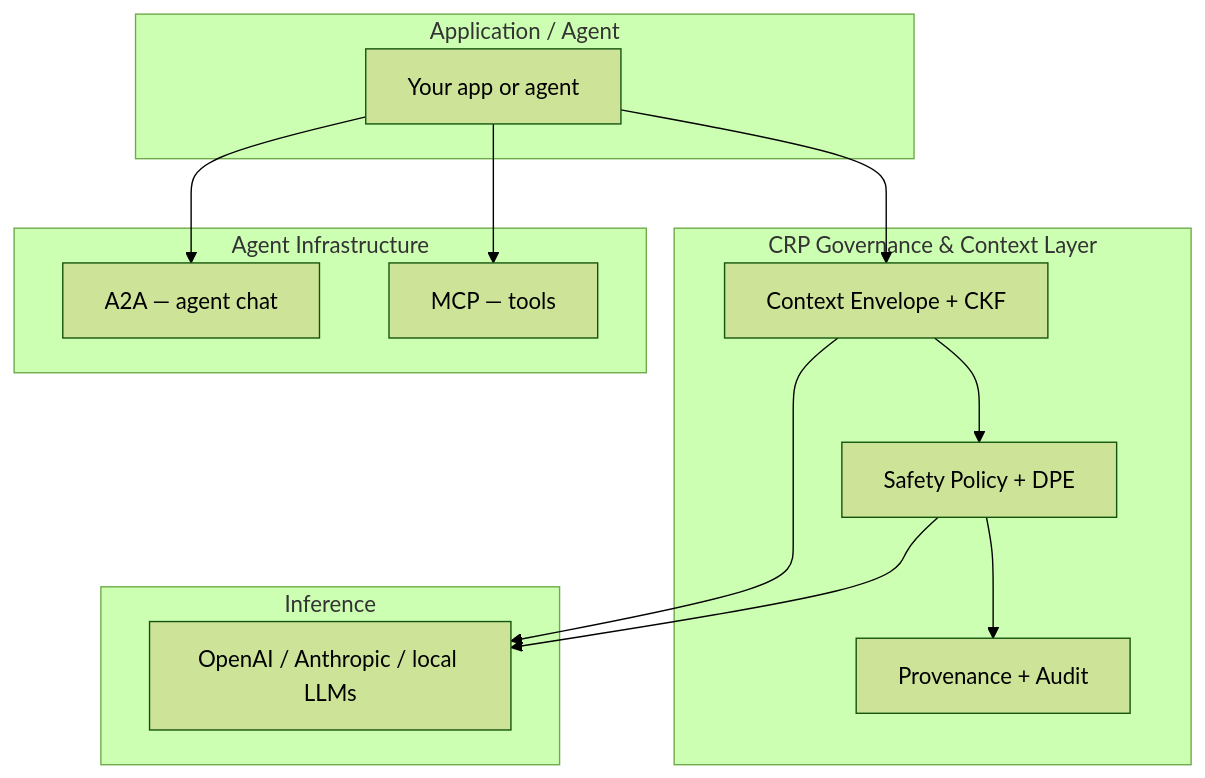
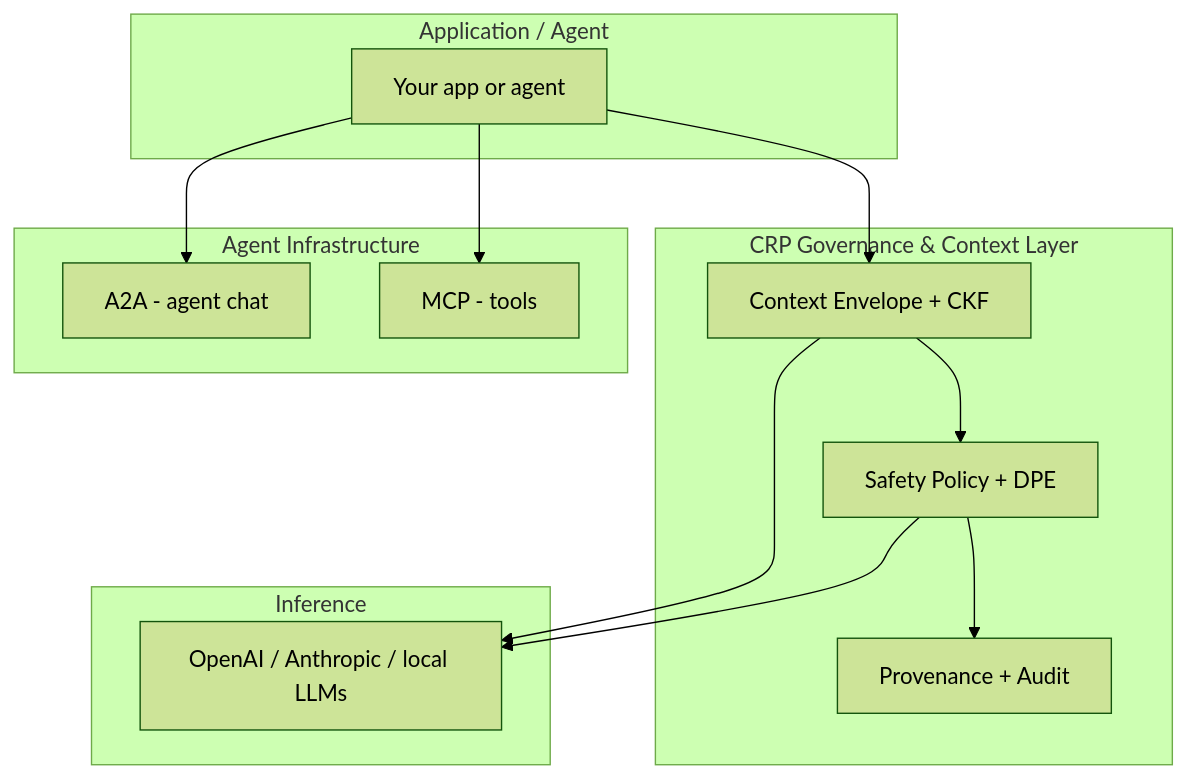
One commit to AutoCyber-AI/context-relay-protocol changed the diagram in site-docs/topics/crp-vs-rag-mcp.md. Above: the diagram before and after it, drawn with Mermaid (forest theme). The commit also changed other lines of this file and 39 other files, not shown here.

````diff
--- a/site-docs/topics/crp-vs-rag-mcp.md
+++ b/site-docs/topics/crp-vs-rag-mcp.md
@@ -26,25 +26,25 @@
 ```mermaid
 flowchart TB
     subgraph "Application / Agent"
         A[Your app or agent]
     end
     subgraph "CRP Governance & Context Layer"
         C[Context Envelope + CKF]
         S[Safety Policy + DPE]
         P[Provenance + Audit]
     end
     subgraph "Agent Infrastructure"
-        M[MCP — tools]
-        A2[A2A — agent chat]
+        M[MCP - tools]
+        A2[A2A - agent chat]
     end
     subgraph "Inference"
         L[OpenAI / Anthropic / local LLMs]
     end
     A --> C
     C --> S
     S --> P
     A --> M
     A --> A2
     C --> L
     S --> L
 ```
````
